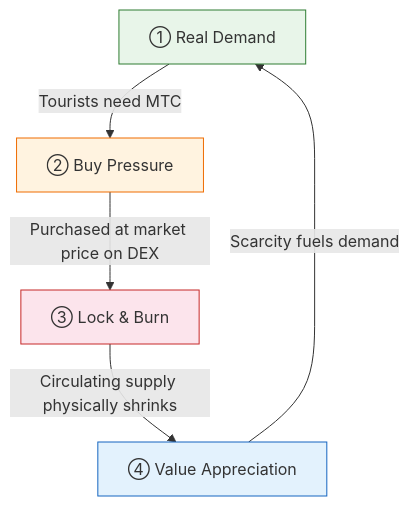
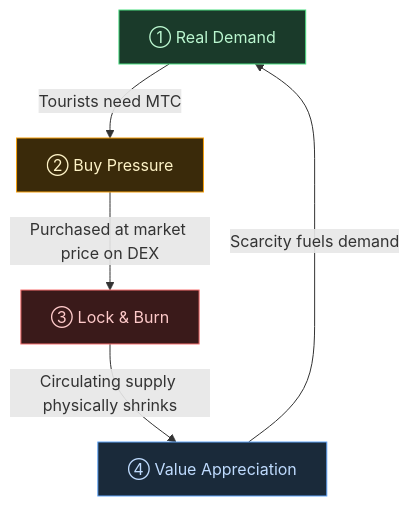
One commit to Cootakahashi/matsuri-dao-whitepaper changed the first of 2 diagrams in docs/02-vision.md. Above: the diagram before and after it, drawn with Mermaid. The commit also changed other lines of this file and 102 other files, not shown here.

````diff
--- a/docs/02-vision.md
+++ b/docs/02-vision.md
@@ -42,12 +43,12 @@
 ```mermaid
 graph TD
-    A["① Real Demand"] -->|Tourists need MTC| B["② Buy Pressure"]
-    B -->|Purchased at market price on DEX| C["③ Lock & Burn"]
-    C -->|Circulating supply physically shrinks| D["④ Value Appreciation"]
+    A["① Real Demand"]:::step1 -->|Tourists need MTC| B["② Buy Pressure"]:::step2
+    B -->|Purchased at market price on DEX| C["③ Lock & Burn"]:::step3
+    C -->|Circulating supply physically shrinks| D["④ Value Appreciation"]:::step4
     D -->|Scarcity fuels demand| A
 
-    style A fill:#e8f5e9,stroke:#2e7d32
-    style B fill:#fff3e0,stroke:#ef6c00
-    style C fill:#fce4ec,stroke:#c62828
-    style D fill:#e3f2fd,stroke:#1565c0
+    classDef step1 fill:#1a3a2a,stroke:#4ade80,color:#bbf7d0
+    classDef step2 fill:#3a2a0a,stroke:#f59e0b,color:#fef3c7
+    classDef step3 fill:#3a1a1a,stroke:#f87171,color:#fecaca
+    classDef step4 fill:#1a2a3a,stroke:#60a5fa,color:#bfdbfe
 ```
````
